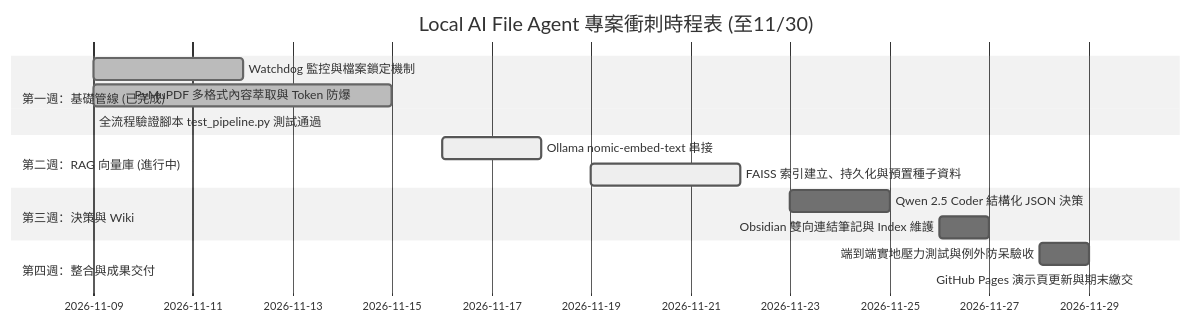
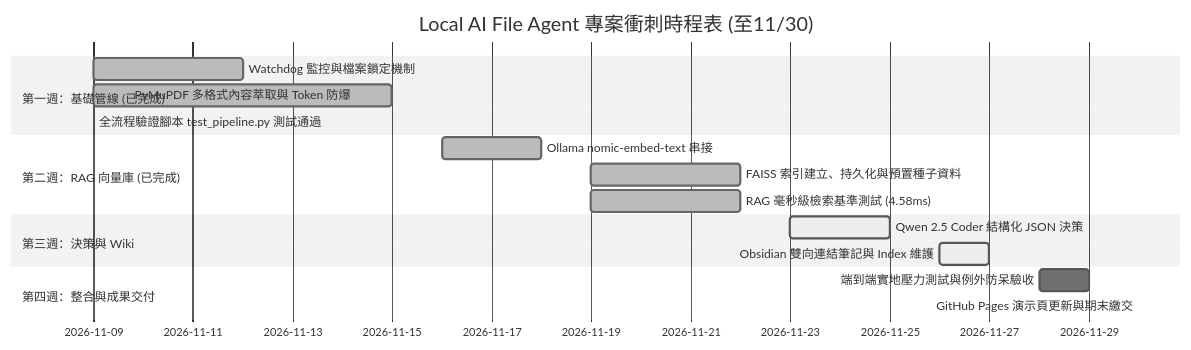
Before and after one commit to PhilipLin0211/115_1_TAICA_IVEAI: the diagram in Local AI File Agent/PROGRESS.md, drawn with Mermaid (neutral theme). The commit also changed other lines of this file and 5 other files, not shown here.

````diff
--- a/Local AI File Agent/PROGRESS.md
+++ b/Local AI File Agent/PROGRESS.md
@@ -17,18 +17,19 @@
 ```mermaid
 gantt
     title Local AI File Agent 專案衝刺時程表 (至11/30)
     dateFormat  YYYY-MM-DD
     section 第一週：基礎管線 (已完成)
     Watchdog 監控與檔案鎖定機制         :done,    w1_1, 2026-11-09, 2026-11-12
     PyMuPDF 多格式內容萃取與 Token 防爆   :done,    w1_2, 2026-11-09, 2026-11-15
     全流程驗證腳本 test_pipeline.py 測試通過 :done,  w1_3, 2026-11-09, 2026-11-09
-    section 第二週：RAG 向量庫 (進行中)
-    Ollama nomic-embed-text 串接        :active,  w2_1, 2026-11-16, 2026-11-18
-    FAISS 索引建立、持久化與預置種子資料 :active,  w2_2, 2026-11-19, 2026-11-22
+    section 第二週：RAG 向量庫 (已完成)
+    Ollama nomic-embed-text 串接        :done,    w2_1, 2026-11-16, 2026-11-18
+    FAISS 索引建立、持久化與預置種子資料 :done,    w2_2, 2026-11-19, 2026-11-22
+    RAG 毫秒級檢索基準測試 (4.58ms)       :done,    w2_3, 2026-11-19, 2026-11-22
     section 第三週：決策與 Wiki
-    Qwen 2.5 Coder 結構化 JSON 決策     :         w3_1, 2026-11-23, 2026-11-25
-    Obsidian 雙向連結筆記與 Index 維護   :         w3_2, 2026-11-26, 2026-11-27
+    Qwen 2.5 Coder 結構化 JSON 決策     :active,  w3_1, 2026-11-23, 2026-11-25
+    Obsidian 雙向連結筆記與 Index 維護   :active,  w3_2, 2026-11-26, 2026-11-27
     section 第四週：整合與成果交付
     端到端實地壓力測試與例外防呆驗收    :         w4_1, 2026-11-28, 2026-11-29
     GitHub Pages 演示頁更新與期末繳交   :         w4_2, 2026-11-30, 2026-11-30
 ```
````
